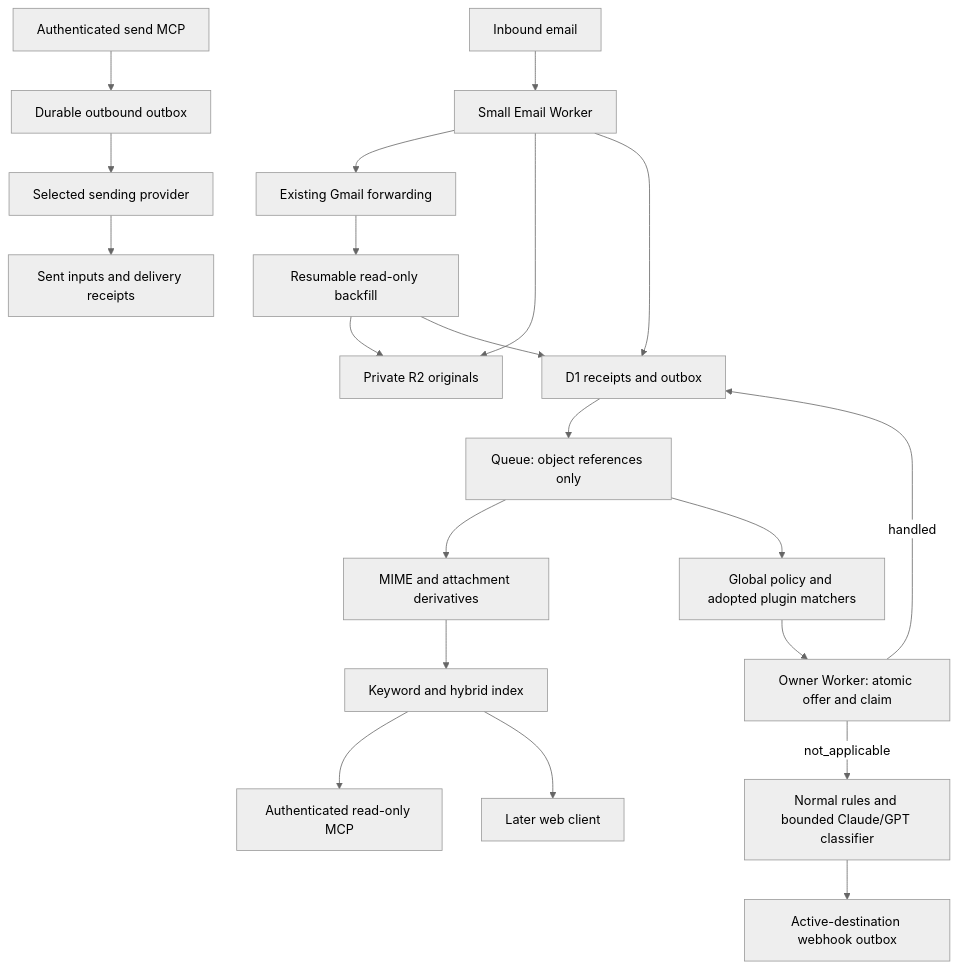
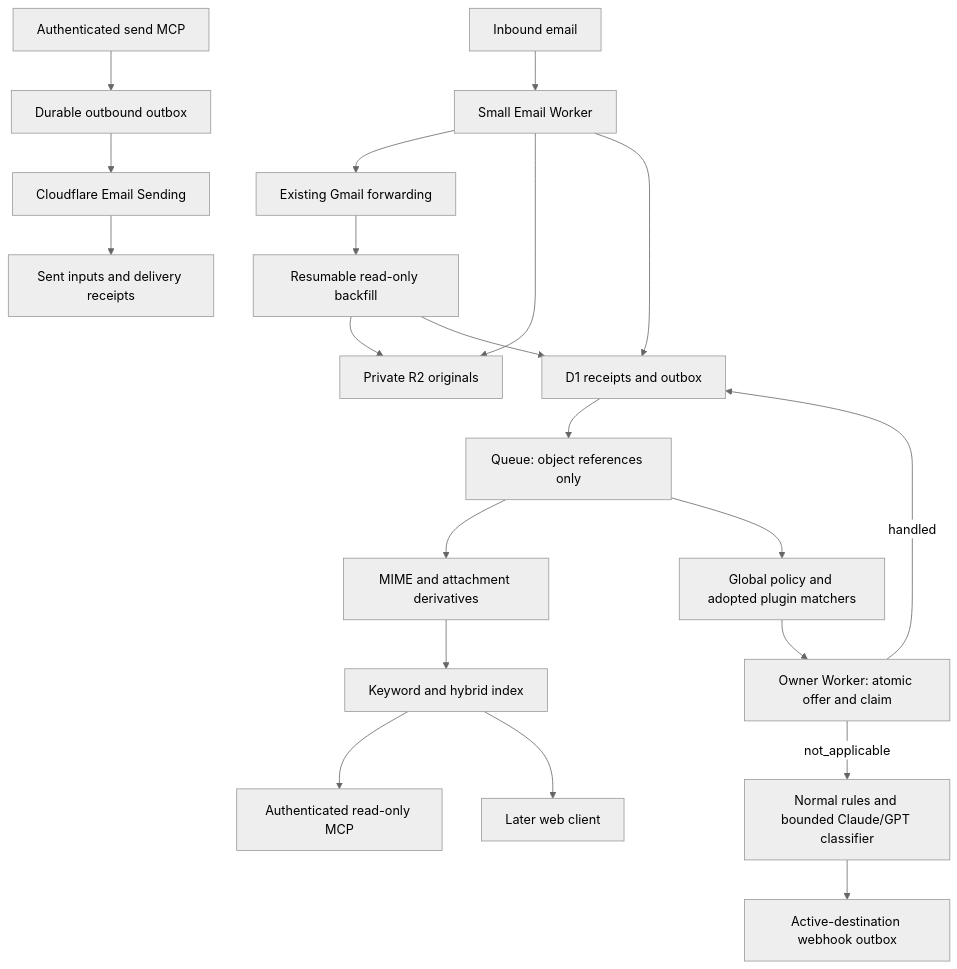
The diagram in docs/architecture.md (risu729/fumi), drawn with Mermaid (neutral theme) before and after one commit. The commit also changed other lines of this file and 8 other files, not shown here.

Commit message:
docs: select sending and schema stack and assess mail UI reuse

````diff
--- a/docs/architecture.md
+++ b/docs/architecture.md
@@ -7,23 +9,23 @@
 ```mermaid
 flowchart TD
   Mail[Inbound email] --> Ingress[Small Email Worker]
   Ingress --> Gmail[Existing Gmail forwarding]
   Ingress --> Raw[Private R2 originals]
   Ingress --> Receipt[D1 receipts and outbox]
   Gmail --> Import[Resumable read-only backfill]
   Import --> Raw
   Import --> Receipt
   Receipt --> Queue[Queue: object references only]
   Queue --> Normalize[MIME and attachment derivatives]
   Normalize --> Search[Keyword and hybrid index]
   Search --> MCP[Authenticated read-only MCP]
   Search --> Web[Later web client]
   Queue --> Rules[Global policy and adopted plugin matchers]
   Rules --> Owner[Owner Worker: atomic offer and claim]
   Owner -->|not_applicable| Classify[Normal rules and bounded Claude/GPT classifier]
   Owner -->|handled| Receipt
   Classify --> Dispatch[Active-destination webhook outbox]
   SendMCP[Authenticated send MCP] --> SendOutbox[Durable outbound outbox]
-  SendOutbox --> Provider[Selected sending provider]
+  SendOutbox --> Provider[Cloudflare Email Sending]
   Provider --> Sent[Sent inputs and delivery receipts]
 ```
````
